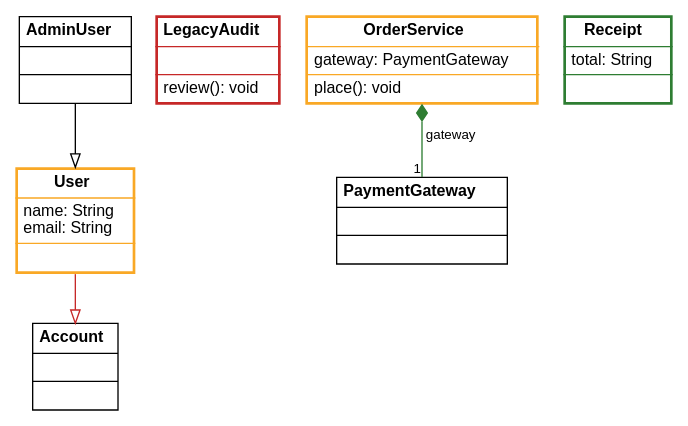
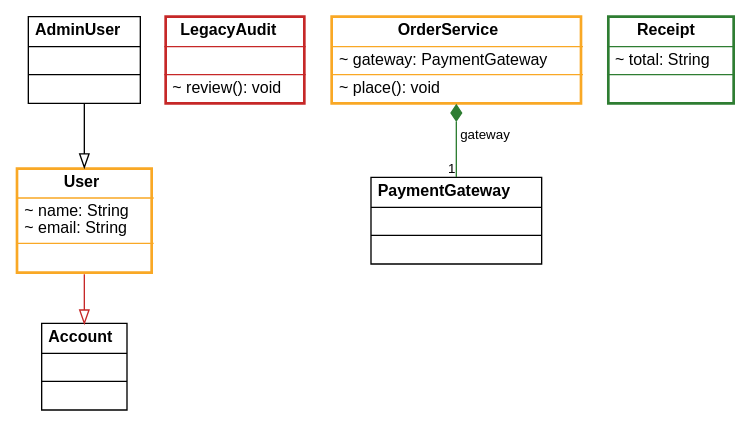
The diagram in Examples/ClassDiagramDiff/Exports/java.delta.dot (pauljohanneskraft/Acai), drawn with Graphviz before and after one commit. The commit also changed 85 other files, not shown here.

```diff
--- a/Examples/ClassDiagramDiff/Exports/java.delta.dot
+++ b/Examples/ClassDiagramDiff/Exports/java.delta.dot
@@ -1,18 +1,18 @@
 digraph UML {
   rankdir=TB;
   compound=true;
   fontname="Helvetica";
   fontsize=12;
   node [shape=none margin=0 fontname="Helvetica" fontsize=12];
   edge [fontname="Helvetica" fontsize=10];
   "Account" [label=<<TABLE BORDER="1" CELLBORDER="0" CELLSPACING="0" CELLPADDING="4"><TR><TD ALIGN="CENTER"><B>Account</B></TD></TR><HR/><TR><TD ALIGN="LEFT"> </TD></TR><HR/><TR><TD ALIGN="LEFT"> </TD></TR></TABLE>>];
   "AdminUser" [label=<<TABLE BORDER="1" CELLBORDER="0" CELLSPACING="0" CELLPADDING="4"><TR><TD ALIGN="CENTER"><B>AdminUser</B></TD></TR><HR/><TR><TD ALIGN="LEFT"> </TD></TR><HR/><TR><TD ALIGN="LEFT"> </TD></TR></TABLE>>];
-  "LegacyAudit" [label=<<TABLE BORDER="2" CELLBORDER="0" CELLSPACING="0" CELLPADDING="4" COLOR="#c62828"><TR><TD ALIGN="CENTER"><B>LegacyAudit</B></TD></TR><HR/><TR><TD ALIGN="LEFT"> </TD></TR><HR/><TR><TD ALIGN="LEFT">review(): void<BR ALIGN="LEFT"/></TD></TR></TABLE>>];
-  "OrderService" [label=<<TABLE BORDER="2" CELLBORDER="0" CELLSPACING="0" CELLPADDING="4" COLOR="#f9a825"><TR><TD ALIGN="CENTER"><B>OrderService</B></TD></TR><HR/><TR><TD ALIGN="LEFT">gateway: PaymentGateway<BR ALIGN="LEFT"/></TD></TR><HR/><TR><TD ALIGN="LEFT">place(): void<BR ALIGN="LEFT"/></TD></TR></TABLE>>];
+  "LegacyAudit" [label=<<TABLE BORDER="2" CELLBORDER="0" CELLSPACING="0" CELLPADDING="4" COLOR="#c62828"><TR><TD ALIGN="CENTER"><B>LegacyAudit</B></TD></TR><HR/><TR><TD ALIGN="LEFT"> </TD></TR><HR/><TR><TD ALIGN="LEFT">~ review(): void<BR ALIGN="LEFT"/></TD></TR></TABLE>>];
+  "OrderService" [label=<<TABLE BORDER="2" CELLBORDER="0" CELLSPACING="0" CELLPADDING="4" COLOR="#f9a825"><TR><TD ALIGN="CENTER"><B>OrderService</B></TD></TR><HR/><TR><TD ALIGN="LEFT">~ gateway: PaymentGateway<BR ALIGN="LEFT"/></TD></TR><HR/><TR><TD ALIGN="LEFT">~ place(): void<BR ALIGN="LEFT"/></TD></TR></TABLE>>];
   "PaymentGateway" [label=<<TABLE BORDER="1" CELLBORDER="0" CELLSPACING="0" CELLPADDING="4"><TR><TD ALIGN="CENTER"><B>PaymentGateway</B></TD></TR><HR/><TR><TD ALIGN="LEFT"> </TD></TR><HR/><TR><TD ALIGN="LEFT"> </TD></TR></TABLE>>];
-  "Receipt" [label=<<TABLE BORDER="2" CELLBORDER="0" CELLSPACING="0" CELLPADDING="4" COLOR="#2e7d32"><TR><TD ALIGN="CENTER"><B>Receipt</B></TD></TR><HR/><TR><TD ALIGN="LEFT">total: String<BR ALIGN="LEFT"/></TD></TR><HR/><TR><TD ALIGN="LEFT"> </TD></TR></TABLE>>];
-  "User" [label=<<TABLE BORDER="2" CELLBORDER="0" CELLSPACING="0" CELLPADDING="4" COLOR="#f9a825"><TR><TD ALIGN="CENTER"><B>User</B></TD></TR><HR/><TR><TD ALIGN="LEFT">name: String<BR ALIGN="LEFT"/>email: String<BR ALIGN="LEFT"/></TD></TR><HR/><TR><TD ALIGN="LEFT"> </TD></TR></TABLE>>];
+  "Receipt" [label=<<TABLE BORDER="2" CELLBORDER="0" CELLSPACING="0" CELLPADDING="4" COLOR="#2e7d32"><TR><TD ALIGN="CENTER"><B>Receipt</B></TD></TR><HR/><TR><TD ALIGN="LEFT">~ total: String<BR ALIGN="LEFT"/></TD></TR><HR/><TR><TD ALIGN="LEFT"> </TD></TR></TABLE>>];
+  "User" [label=<<TABLE BORDER="2" CELLBORDER="0" CELLSPACING="0" CELLPADDING="4" COLOR="#f9a825"><TR><TD ALIGN="CENTER"><B>User</B></TD></TR><HR/><TR><TD ALIGN="LEFT">~ name: String<BR ALIGN="LEFT"/>~ email: String<BR ALIGN="LEFT"/></TD></TR><HR/><TR><TD ALIGN="LEFT"> </TD></TR></TABLE>>];
   "AdminUser" -> "User" [arrowhead=empty style=solid];
   "OrderService" -> "PaymentGateway" [dir=back arrowtail=diamond color="#2e7d32" label="gateway" headlabel="1"];
   "User" -> "Account" [arrowhead=empty style=solid color="#c62828"];
 }
```
